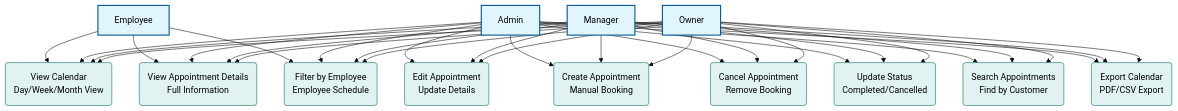
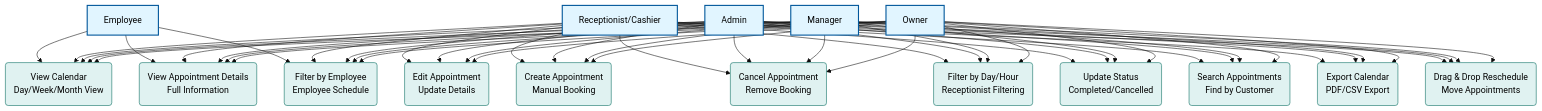
Before and after one commit to ngdzu/atelier2: the diagram in doc/diagrams/dashboard-use-cases-calendar.mmd, drawn with Mermaid (base theme). The commit also changed other lines of this file and 13 other files, not shown here.

```diff
--- a/doc/diagrams/dashboard-use-cases-calendar.mmd
+++ b/doc/diagrams/dashboard-use-cases-calendar.mmd
@@ -1,65 +1,87 @@
 %% Dashboard Management System - Calendar & Appointment Viewing Use Cases
 %% Detailed use cases for Calendar module
 
 graph TB
     %% Actors (rectangles)
     Owner[Owner]
     Manager[Manager]
     Admin[Admin]
+    Receptionist[Receptionist/Cashier]
     Employee[Employee]
     
     %% Use Cases (rounded rectangles - closest to UML ellipses)
     UC1(View Calendar<br/>Day/Week/Month View)
     UC2(View Appointment Details<br/>Full Information)
     UC3(Edit Appointment<br/>Update Details)
     UC4(Create Appointment<br/>Manual Booking)
     UC5(Cancel Appointment<br/>Remove Booking)
     UC6(Filter by Employee<br/>Employee Schedule)
-    UC7(Update Status<br/>Completed/Cancelled)
-    UC8(Search Appointments<br/>Find by Customer)
-    UC9(Export Calendar<br/>PDF/CSV Export)
+    UC7(Filter by Day/Hour<br/>Receptionist Filtering)
+    UC8(Update Status<br/>Completed/Cancelled)
+    UC9(Search Appointments<br/>Find by Customer)
+    UC10(Export Calendar<br/>PDF/CSV Export)
+    UC11(Drag & Drop Reschedule<br/>Move Appointments)
     
     %% Owner relationships
     Owner --> UC1
     Owner --> UC2
     Owner --> UC3
     Owner --> UC4
     Owner --> UC5
     Owner --> UC6
     Owner --> UC7
     Owner --> UC8
     Owner --> UC9
+    Owner --> UC10
+    Owner --> UC11
     
     %% Manager relationships
     Manager --> UC1
     Manager --> UC2
     Manager --> UC3
     Manager --> UC4
     Manager --> UC5
     Manager --> UC6
     Manager --> UC7
     Manager --> UC8
     Manager --> UC9
+    Manager --> UC10
+    Manager --> UC11
     
     %% Admin relationships
     Admin --> UC1
     Admin --> UC2
     Admin --> UC3
     Admin --> UC4
     Admin --> UC5
     Admin --> UC6
     Admin --> UC7
     Admin --> UC8
     Admin --> UC9
+    Admin --> UC10
+    Admin --> UC11
+    
+    %% Receptionist/Cashier relationships
+    Receptionist --> UC1
+    Receptionist --> UC2
+    Receptionist --> UC3
+    Receptionist --> UC4
+    Receptionist --> UC5
+    Receptionist --> UC6
+    Receptionist --> UC7
+    Receptionist --> UC8
+    Receptionist --> UC9
+    Receptionist --> UC10
+    Receptionist --> UC11
     
     %% Employee relationships (read-only, limited)
     Employee --> UC1
     Employee --> UC2
     Employee --> UC6
     
     %% Styling
     classDef actor fill:#e1f5ff,stroke:#01579b,stroke-width:2px,color:#000000
     classDef usecase fill:#e0f2f1,stroke:#00695c,stroke-width:1px,color:#000000
     
-    class Owner,Manager,Admin,Employee actor
-    class UC1,UC2,UC3,UC4,UC5,UC6,UC7,UC8,UC9 usecase
+    class Owner,Manager,Admin,Receptionist,Employee actor
+    class UC1,UC2,UC3,UC4,UC5,UC6,UC7,UC8,UC9,UC10,UC11 usecase
```
